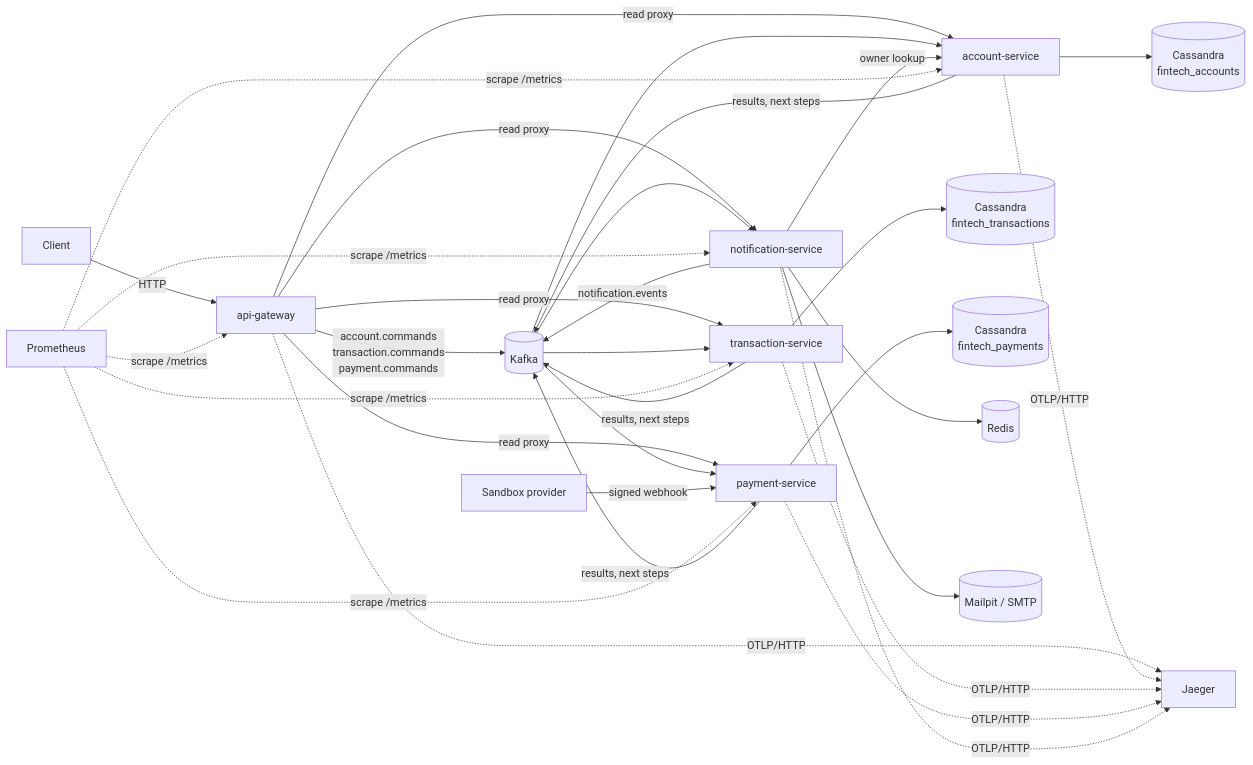
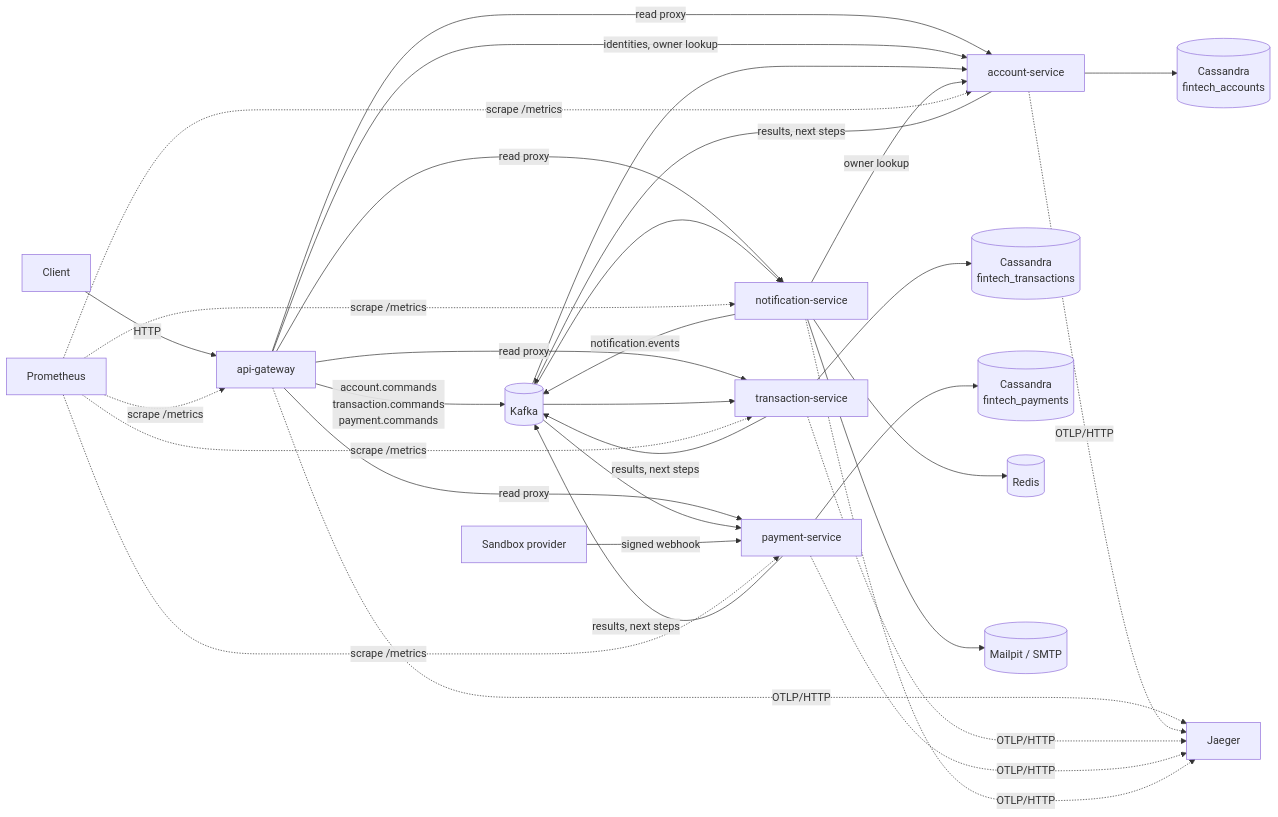
The first of 7 diagrams in docs/architecture.md (GabeSilvaDev/fintech-bank-platform), drawn with Mermaid before and after one commit. The commit also changed other lines of this file and 4 other files, not shown here.

````diff
--- a/docs/architecture.md
+++ b/docs/architecture.md
@@ -7,21 +7,22 @@
 ```mermaid
 flowchart LR
     C[Client] -->|HTTP| GW[api-gateway]
     GW -->|account.commands<br/>transaction.commands<br/>payment.commands| K[(Kafka)]
     GW -->|read proxy| A & T & P & N
+    GW -->|identities, owner lookup| A
     K --> A[account-service]
     K --> T[transaction-service]
     K --> P[payment-service]
     K --> N[notification-service]
     A & T & P -->|results, next steps| K
     N -->|notification.events| K
     A --> CA[(Cassandra<br/>fintech_accounts)]
     T --> CT[(Cassandra<br/>fintech_transactions)]
     P --> CP[(Cassandra<br/>fintech_payments)]
     N --> R[(Redis)]
     N --> M[(Mailpit / SMTP)]
     N -->|owner lookup| A
     SB[Sandbox provider] -->|signed webhook| P
     PR[Prometheus] -.->|scrape /metrics| GW & A & T & P & N
     GW & A & T & P & N -.->|OTLP/HTTP| J[Jaeger]
 ```
````
